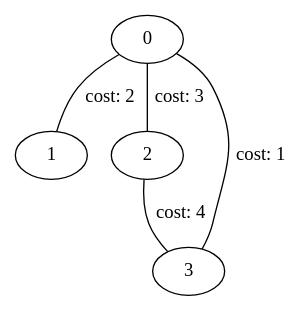
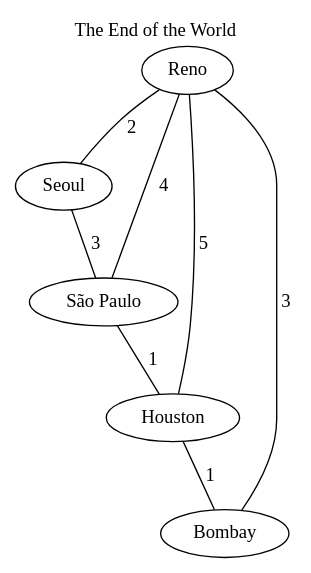
One commit to williamgarner/CPE-400-Project changed the diagram in src/graphOutput.dot. Above: the diagram before and after it, drawn with Graphviz. The commit also changed 2 other files, not shown here.

Commit message:
Change cost to first.

```diff
--- a/src/graphOutput.dot
+++ b/src/graphOutput.dot
@@ -1,6 +1,25 @@
 graph G{
-0 -- 1[label= "cost: 2"];
-0 -- 2[label= "cost: 3"];
-0 -- 3[label= "cost: 1"];
-2 -- 3[label= "cost: 4"];
+0[label = "Reno"]
+1[label = "Seoul"]
+0 -- 1[label= " 2"];
+0[label = "Reno"]
+2[label = "São Paulo"]
+0 -- 2[label= " 4"];
+0[label = "Reno"]
+3[label = "Houston"]
+0 -- 3[label= " 5"];
+0[label = "Reno"]
+4[label = "Bombay"]
+0 -- 4[label= " 3"];
+1[label = "Seoul"]
+2[label = "São Paulo"]
+1 -- 2[label= " 3"];
+2[label = "São Paulo"]
+3[label = "Houston"]
+2 -- 3[label= " 1"];
+3[label = "Houston"]
+4[label = "Bombay"]
+3 -- 4[label= " 1"];
+labelloc="t"
+label="The End of the World"
 }
```
